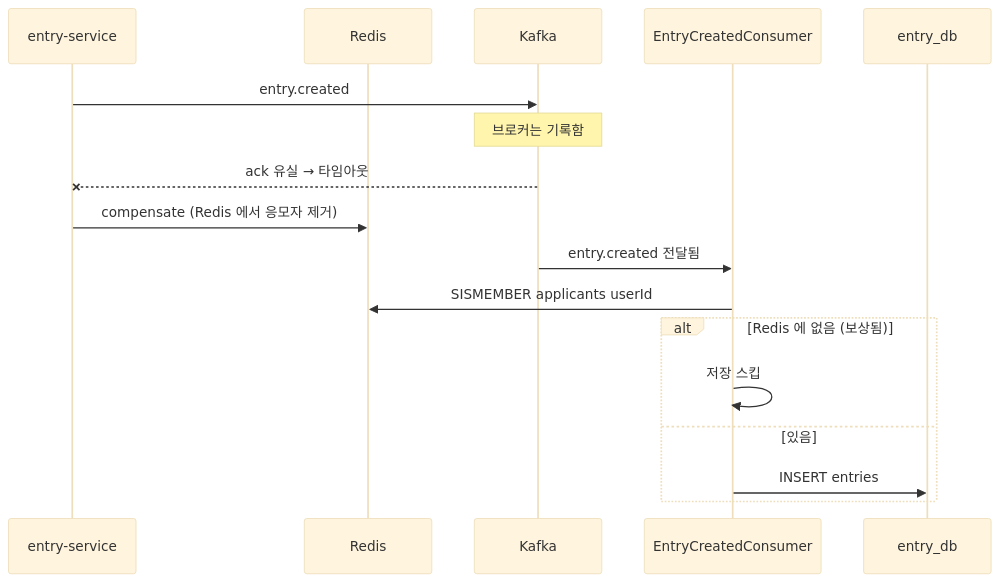
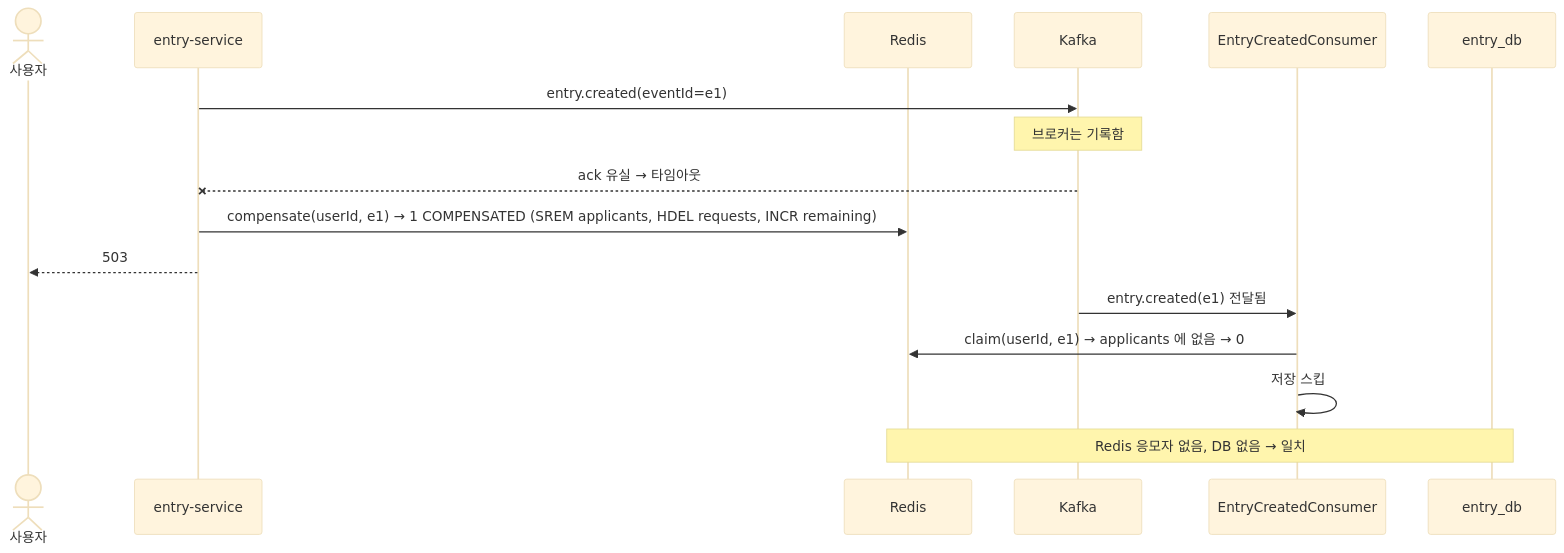
One commit to dd-jiny/queue-drop changed the seventh of 12 diagrams in docs/design/08-sequence-diagram/sequence-diagram.md. Above: the diagram before and after it, drawn with Mermaid (base theme). The commit also changed other lines of this file and 8 other files, not shown here.

````diff
--- a/docs/design/08-sequence-diagram/sequence-diagram.md
+++ b/docs/design/08-sequence-diagram/sequence-diagram.md
@@ -308,20 +318,19 @@
 ```mermaid
 sequenceDiagram
+    actor U as 사용자
     participant ES as entry-service
     participant R as Redis
     participant K as Kafka
     participant C as EntryCreatedConsumer
     participant DB as entry_db
 
-    ES->>K: entry.created
+    ES->>K: entry.created(eventId=e1)
     Note over K: 브로커는 기록함
     K--xES: ack 유실 → 타임아웃
-    ES->>R: compensate (Redis 에서 응모자 제거)
-    K->>C: entry.created 전달됨
-    C->>R: SISMEMBER applicants userId
-    alt Redis 에 없음 (보상됨)
-        C->>C: 저장 스킵
-    else 있음
-        C->>DB: INSERT entries
-    end
+    ES->>R: compensate(userId, e1) → 1 COMPENSATED (SREM applicants, HDEL requests, INCR remaining)
+    ES-->>U: 503
+    K->>C: entry.created(e1) 전달됨
+    C->>R: claim(userId, e1) → applicants 에 없음 → 0
+    C->>C: 저장 스킵
+    Note over R,DB: Redis 응모자 없음, DB 없음 → 일치
 ```
````
